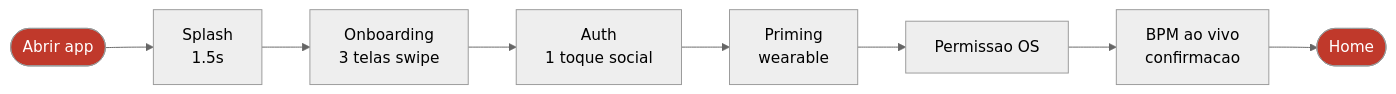
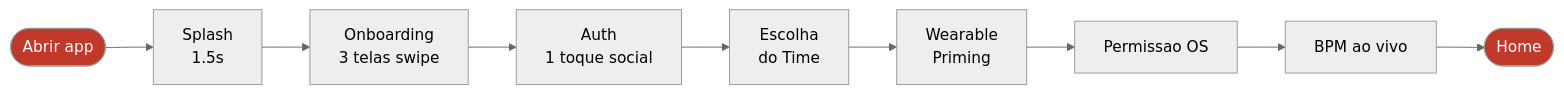
The second of 9 diagrams in docs/ux/user-flow-diagram.md (felipezanucci/tumtum), drawn with Mermaid (neutral theme) before and after one commit. The commit also changed other lines of this file and 2 other files, not shown here.

````diff
--- a/docs/ux/user-flow-diagram.md
+++ b/docs/ux/user-flow-diagram.md
@@ -131,13 +131,14 @@
 ```mermaid
 flowchart LR
     A([Abrir app]) --> B[Splash<br/>1.5s]
     B --> C[Onboarding<br/>3 telas swipe]
     C --> D[Auth<br/>1 toque social]
-    D --> E[Priming<br/>wearable]
-    E --> F[Permissao OS]
-    F --> G[BPM ao vivo<br/>confirmacao]
-    G --> H([Home])
+    D --> E[Escolha<br/>do Time]
+    E --> F[Wearable<br/>Priming]
+    F --> G[Permissao OS]
+    G --> H[BPM ao vivo]
+    H --> I([Home])
 
     style A fill:#C0392B,color:#fff
-    style H fill:#C0392B,color:#fff
+    style I fill:#C0392B,color:#fff
 ```
````
